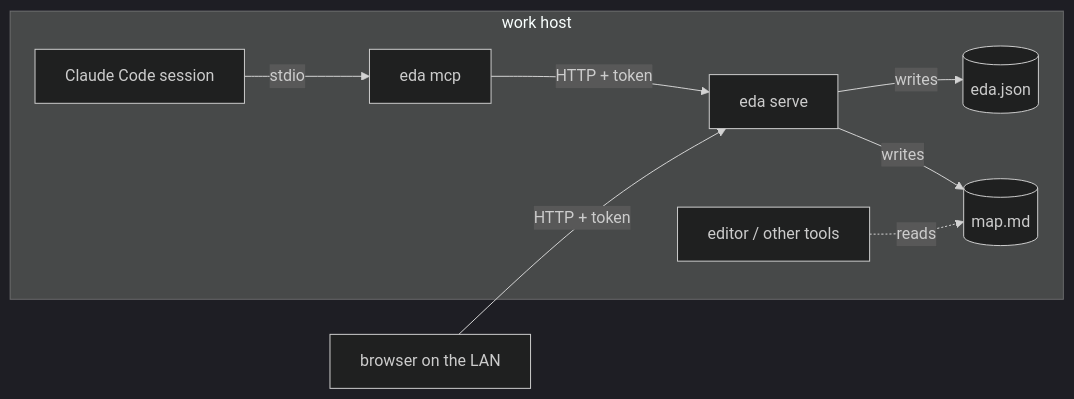
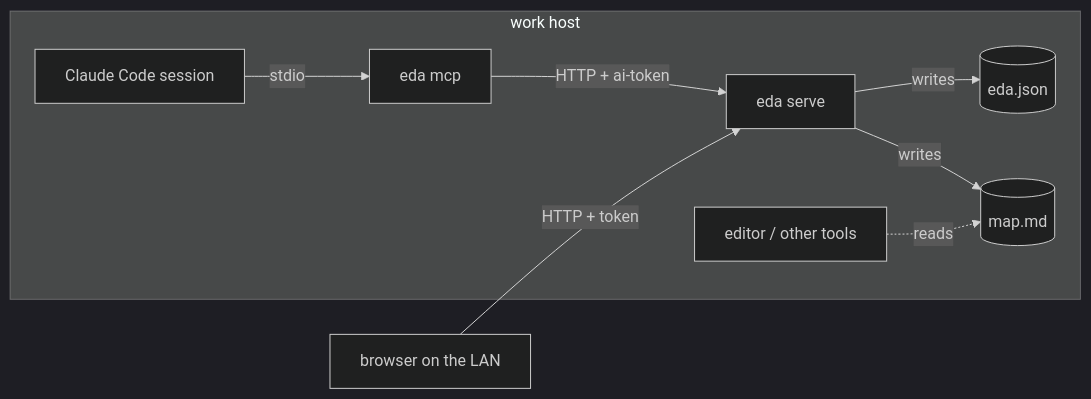
One commit to TakashiAihara/eda changed the first of 2 diagrams in docs/design/0001-v1.md. Above: the diagram before and after it, drawn with Mermaid (dark theme). The commit also changed other lines of this file and 8 other files, not shown here.

First line of the commit message:
feat: give the MCP server a token that reaches only /api/ai/* (#38)

````diff
--- a/docs/design/0001-v1.md
+++ b/docs/design/0001-v1.md
@@ -19,11 +19,11 @@
 ```mermaid
 flowchart LR
   subgraph host[work host]
     CC[Claude Code session] -- stdio --> MCP[eda mcp]
-    MCP -- HTTP + token --> S[eda serve]
+    MCP -- HTTP + ai-token --> S[eda serve]
     S -- writes --> J[(eda.json)]
     S -- writes --> M[(map.md)]
     ED[editor / other tools] -. reads .-> M
   end
   B[browser on the LAN] -- HTTP + token --> S
 ```
````
